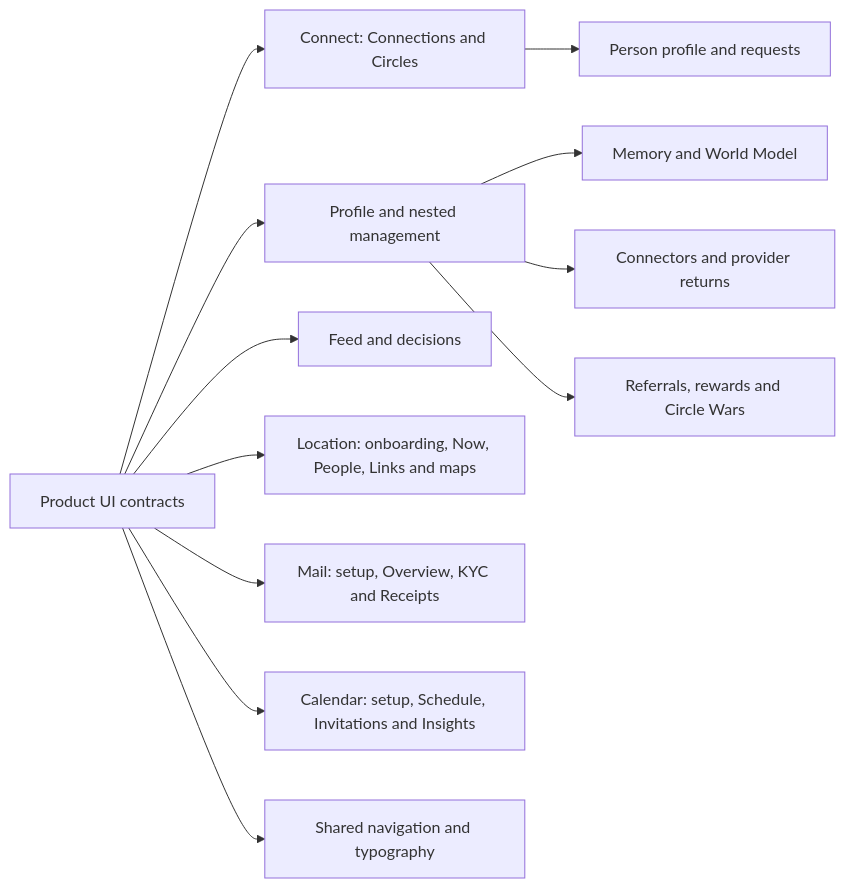
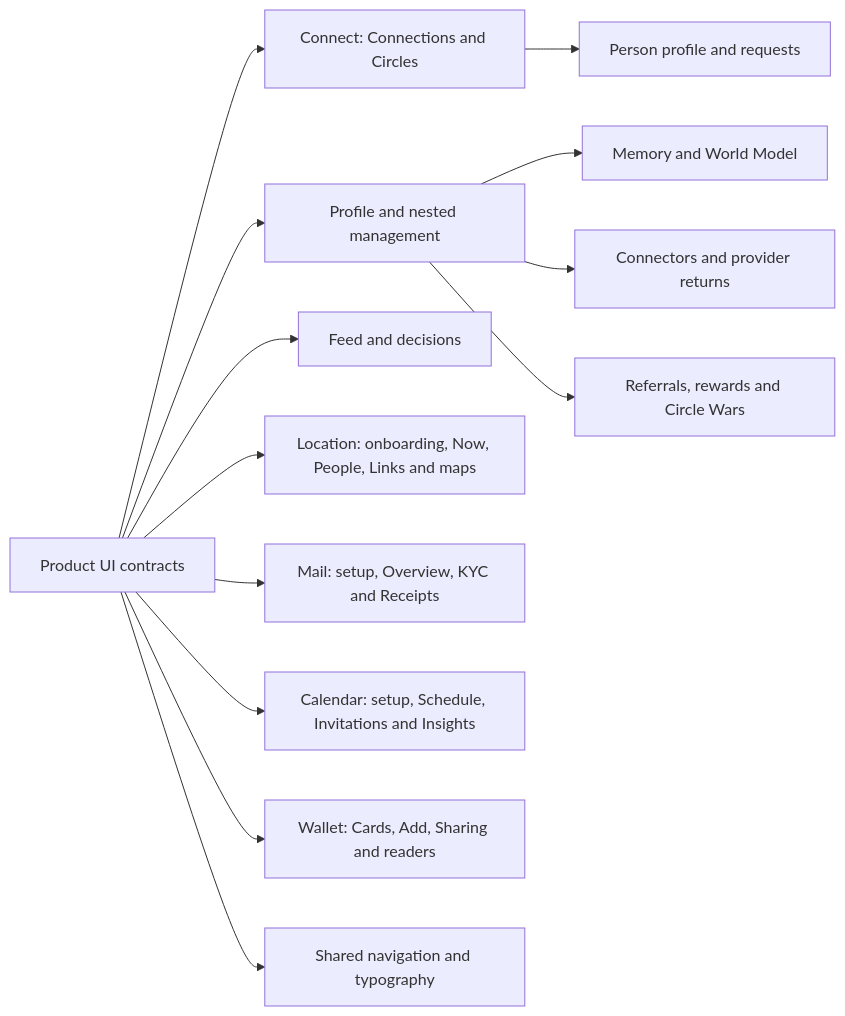
One commit to hushh-labs/hushh-research changed the diagram in hushh-webapp/docs/ui-contracts/README.md. Above: the diagram before and after it, drawn with Mermaid. The commit also changed other lines of this file and 40 other files, not shown here.

````diff
--- a/hushh-webapp/docs/ui-contracts/README.md
+++ b/hushh-webapp/docs/ui-contracts/README.md
@@ -5,14 +5,15 @@
 ```mermaid
 flowchart LR
   index["Product UI contracts"] --> connect["Connect: Connections and Circles"]
   index --> profile["Profile and nested management"]
   index --> feed["Feed and decisions"]
   index --> location["Location: onboarding, Now, People, Links and maps"]
   index --> mail["Mail: setup, Overview, KYC and Receipts"]
   index --> calendar["Calendar: setup, Schedule, Invitations and Insights"]
+  index --> wallet["Wallet: Cards, Add, Sharing and readers"]
   index --> nav["Shared navigation and typography"]
   connect --> person["Person profile and requests"]
   profile --> memory["Memory and World Model"]
   profile --> connectors["Connectors and provider returns"]
   profile --> referrals["Referrals, rewards and Circle Wars"]
 ```
````
